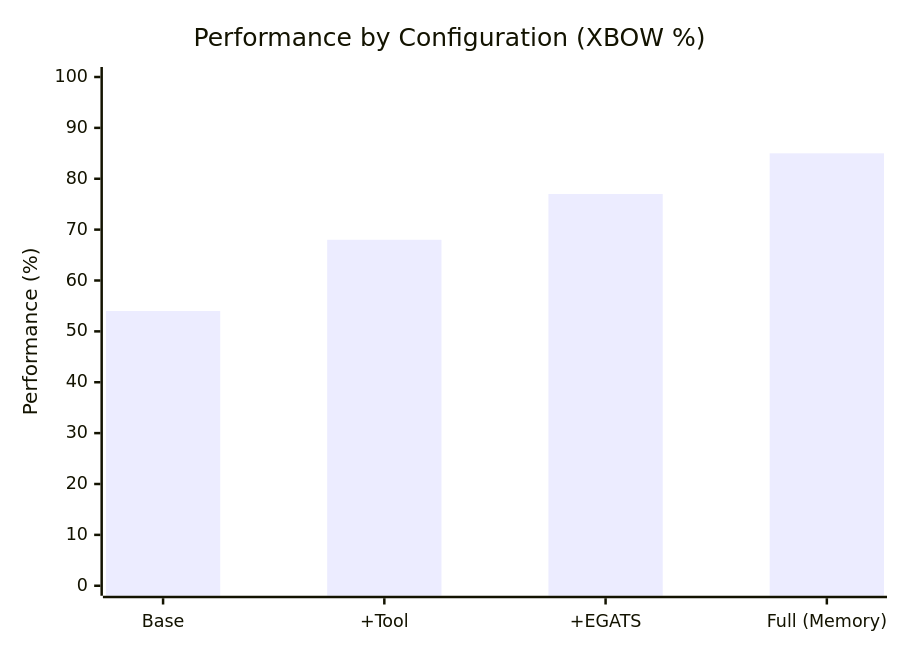
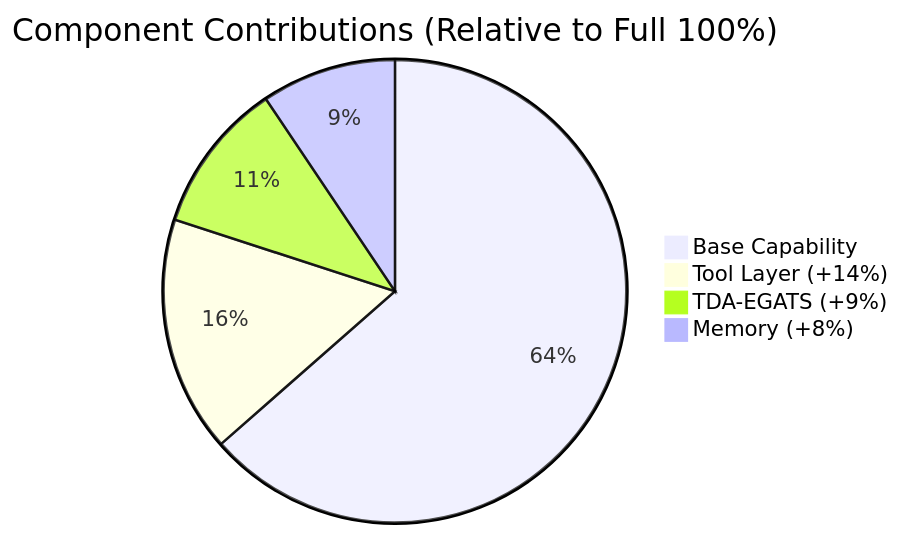
The third of 4 diagrams in docs/paper-research/md-downloaded-paper-curated/11-what-makes-a-good-llm-agent-for-real-world-penetration.md (nishan-paul-2022/cmatrix-agentic-red-team), drawn with Mermaid before and after one commit. The commit also changed other lines of this file and 52 other files, not shown here.

````diff
--- a/docs/paper-research/md-downloaded-paper-curated/11-what-makes-a-good-llm-agent-for-real-world-penetration.md
+++ b/docs/paper-research/md-downloaded-paper-curated/11-what-makes-a-good-llm-agent-for-real-world-penetration.md
@@ -561,7 +426,8 @@
 ```mermaid
-xychart-beta
-    title "Performance by Configuration (XBOW %)"
-    x-axis ["Base", "+Tool", "+EGATS", "Full (Memory)"]
-    y-axis "Performance (%)" 0 --> 100
-    bar [54, 68, 77, 85]
+pie title Component Contributions (Relative to Full 100%)
+    "Base Capability" : 54
+    "Tool Layer (+14%)" : 14
+    "TDA-EGATS (+9%)" : 9
+    "Memory (+8%)" : 8
+
 ```
````
